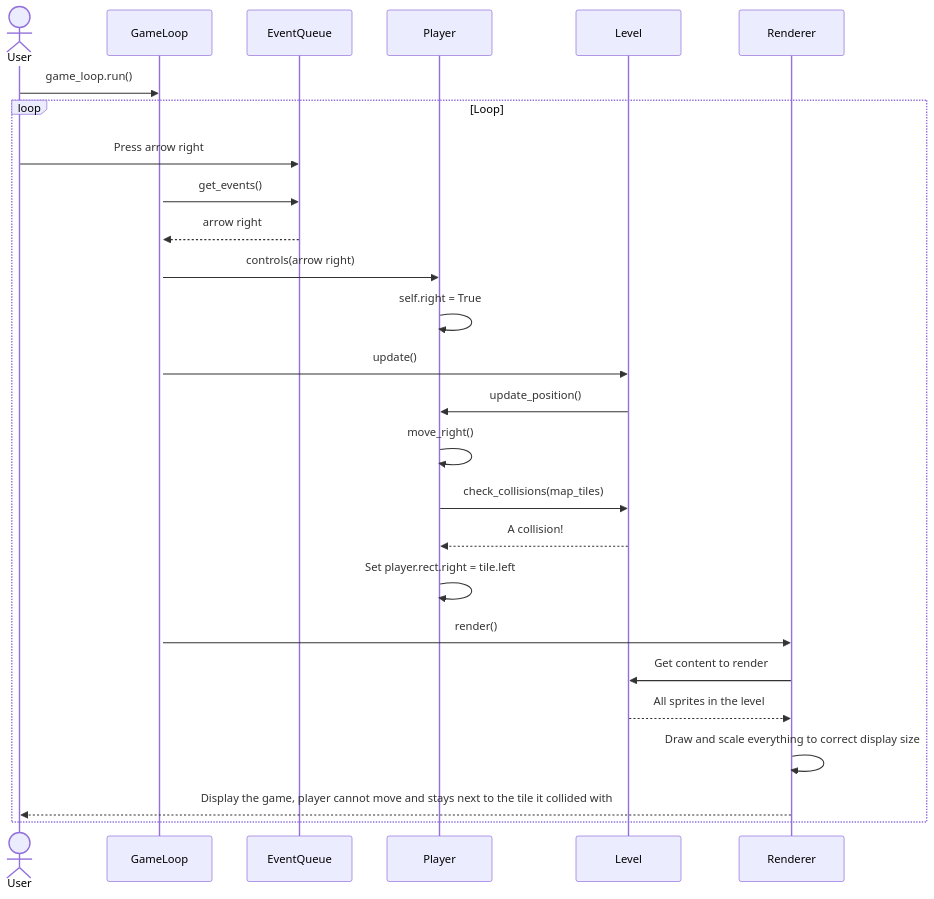
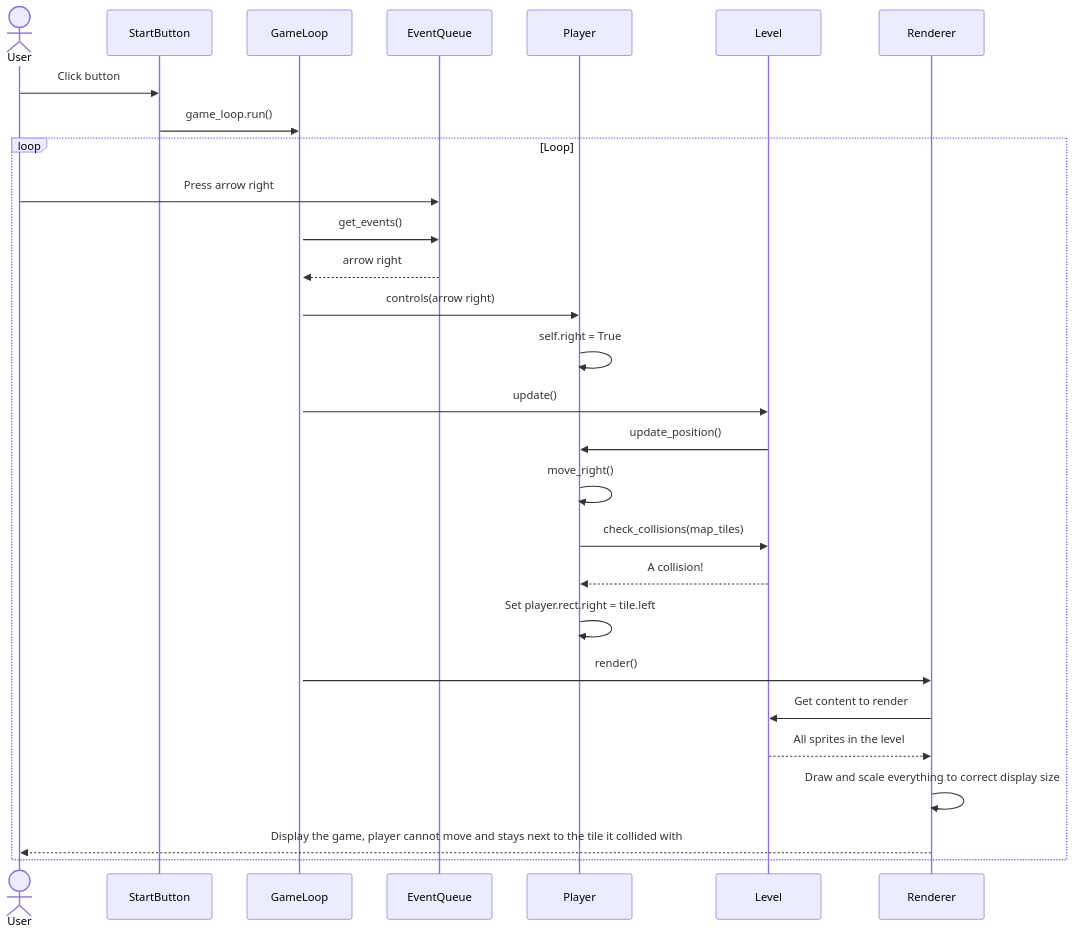
Before and after one commit to eemilhaa/ot-harjoitustyo: the third of 4 diagrams in documentation/architecture.md, drawn with Mermaid. The commit also changed other lines of this file, not shown here.

````diff
--- a/documentation/architecture.md
+++ b/documentation/architecture.md
@@ -197,26 +197,27 @@
 ```mermaid
 sequenceDiagram
 actor User
 
-User->>GameLoop: game_loop.run()
+User->>StartButton: Click button
+StartButton->>GameLoop: game_loop.run()
 activate GameLoop
 loop Loop
   User->>EventQueue: Press arrow right
   GameLoop->>EventQueue: get_events()
   EventQueue-->>GameLoop: arrow right
   GameLoop->>Player: controls(arrow right)
   Player->>Player: self.right = True
   
   GameLoop->>Level: update()
   Level->>Player: update_position()
   Player->>Player: move_right()
   Player->>Level: check_collisions(map_tiles)
   Level-->>Player: A collision!
   Player->>Player: Set player.rect.right = tile.left 
   GameLoop->>Renderer: render()
   Renderer->>Level: Get content to render
   Level-->>Renderer: All sprites in the level
   Renderer->>Renderer: Draw and scale everything to correct display size
   Renderer-->>User: Display the game, player cannot move and stays next to the tile it collided with
 end
 ```
````
